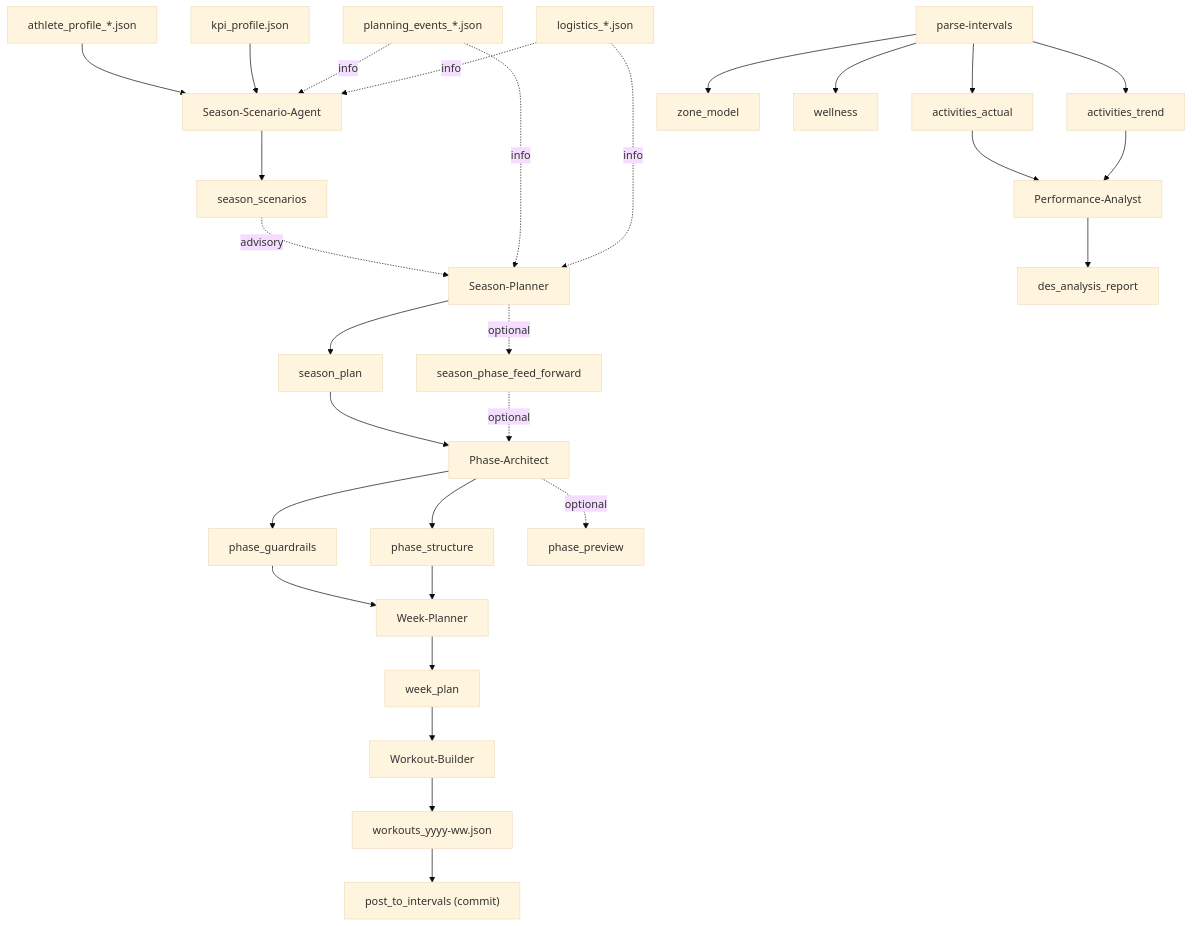
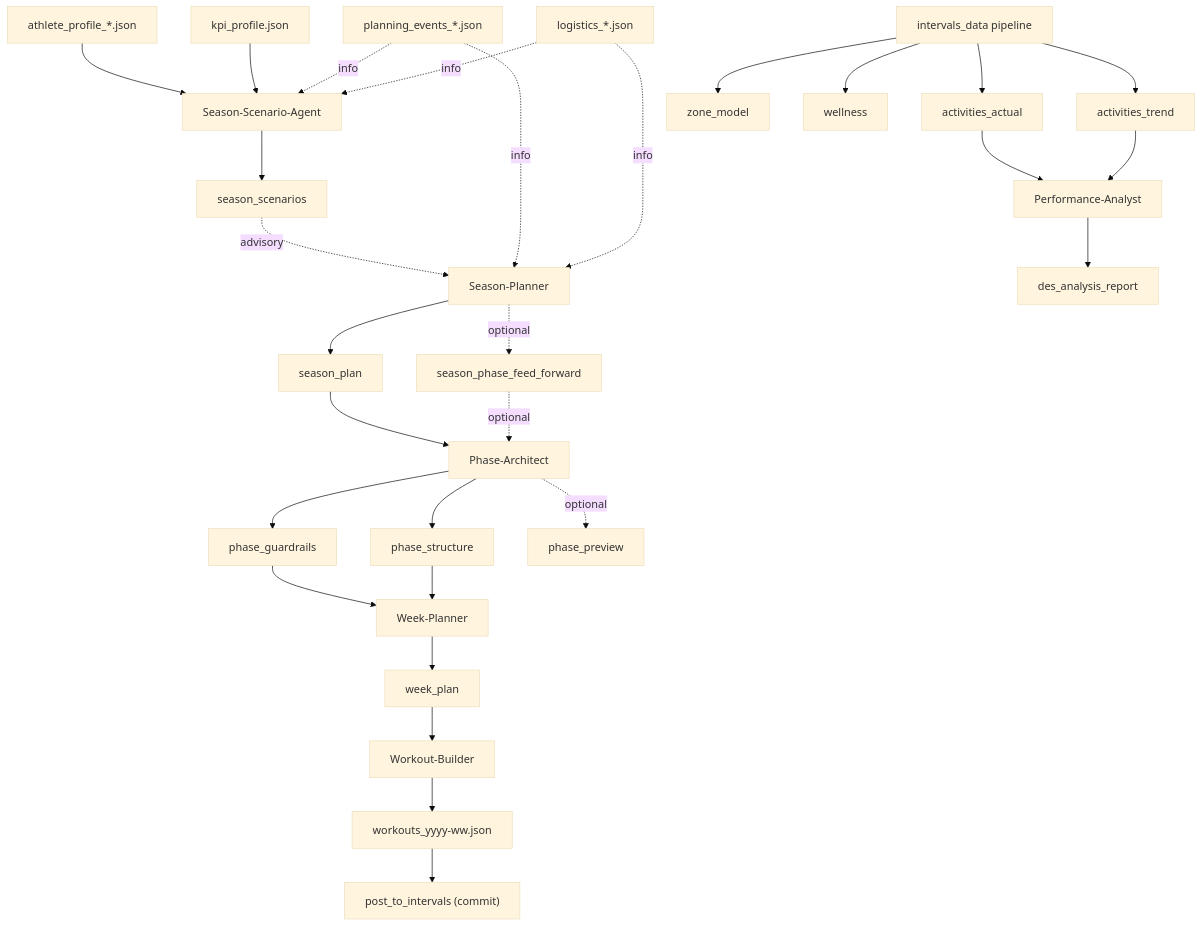
The diagram in doc/overview/how_to_plan.md (albauer-priv/RPS), drawn with Mermaid (base theme) before and after one commit. The commit also changed other lines of this file and 13 other files, not shown here.

````diff
--- a/doc/overview/how_to_plan.md
+++ b/doc/overview/how_to_plan.md
@@ -79,35 +79,35 @@
 ```mermaid
 flowchart TD
   AP[athlete_profile_*.json] --> SS[Season-Scenario-Agent]
   KP[kpi_profile.json] --> SS
   SS --> SC[season_scenarios]
   SC -. advisory .-> SEASON[Season-Planner]
   PE[planning_events_*.json] -. info .-> SS
   PE -. info .-> SEASON
   LG[logistics_*.json] -. info .-> SS
   LG -. info .-> SEASON
 
   SEASON --> SP[season_plan]
   SEASON -. optional .-> SPFF[season_phase_feed_forward]
 
   SP --> PHASE[Phase-Architect]
   SPFF -. optional .-> PHASE
   PHASE --> PG[phase_guardrails]
   PHASE --> PS[phase_structure]
   PHASE -. optional .-> PP[phase_preview]
 
   PG --> WEEK[Week-Planner]
   PS --> WEEK
   WEEK --> WP[week_plan]
   WP --> WB[Workout-Builder]
   WB --> WJ[workouts_yyyy-ww.json]
   WJ --> POST["post_to_intervals (commit)"]
 
-  DP[parse-intervals] --> AA[activities_actual]
+  DP["intervals_data pipeline"] --> AA[activities_actual]
   DP --> AT[activities_trend]
   DP --> ZM[zone_model]
   DP --> WL[wellness]
   AA --> PA[Performance-Analyst]
   AT --> PA
   PA --> DR[des_analysis_report]
 ```
````
